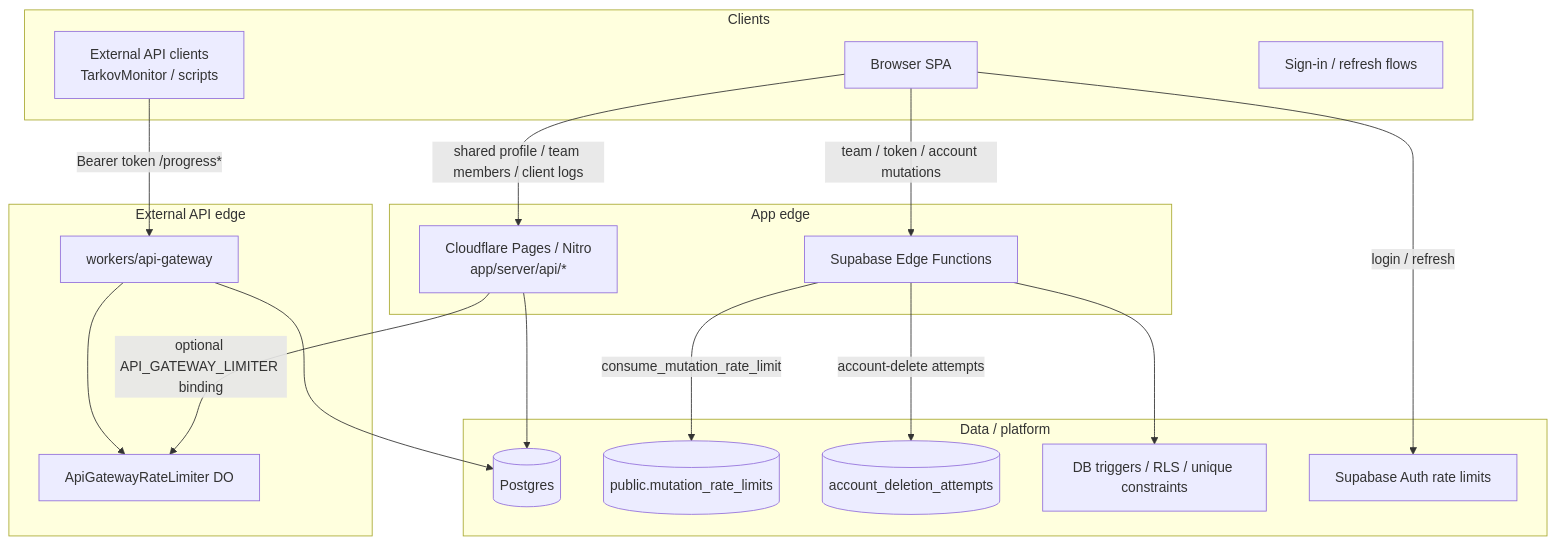
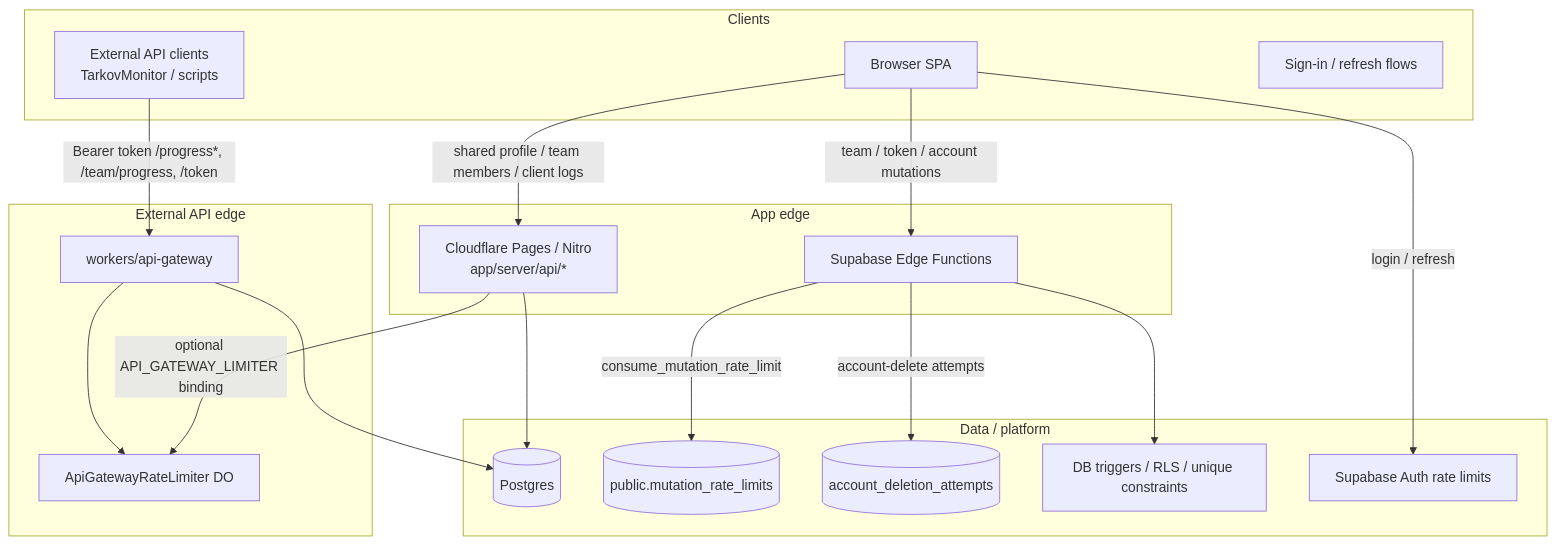
The first of 6 diagrams in docs/RATE_LIMITING.md (tarkovtracker-org/TarkovTracker), drawn with Mermaid before and after one commit. The commit also changed other lines of this file and 1 other file, not shown here.

Commit message:
docs(api): refine routing flow copy and list team progress and token in ownership matrix

````diff
--- a/docs/RATE_LIMITING.md
+++ b/docs/RATE_LIMITING.md
@@ -44,38 +44,38 @@
 ```mermaid
 flowchart TB
   subgraph clients [Clients]
     UI[Browser SPA]
     EXT[External API clients<br/>TarkovMonitor / scripts]
     AUTH[Sign-in / refresh flows]
   end
 
   subgraph appEdge [App edge]
     PAGES[Cloudflare Pages / Nitro<br/>app/server/api/*]
     EDGE[Supabase Edge Functions]
   end
 
   subgraph apiEdge [External API edge]
     WG[workers/api-gateway]
     DO[ApiGatewayRateLimiter DO]
   end
 
   subgraph data [Data / platform]
     PG[(Postgres)]
     MRL[(public.mutation_rate_limits)]
     ADA[(account_deletion_attempts)]
     CAP[DB triggers / RLS / unique constraints]
     SA[Supabase Auth rate limits]
   end
 
   UI -->|shared profile / team members / client logs| PAGES
   UI -->|team / token / account mutations| EDGE
   UI -->|login / refresh| SA
-  EXT -->|Bearer token /progress*| WG
+  EXT -->|Bearer token /progress*, /team/progress, /token| WG
   WG --> DO
   WG --> PG
   EDGE -->|consume_mutation_rate_limit| MRL
   EDGE -->|account-delete attempts| ADA
   EDGE --> CAP
   PAGES -->|optional API_GATEWAY_LIMITER binding| DO
   PAGES --> PG
 ```
````
